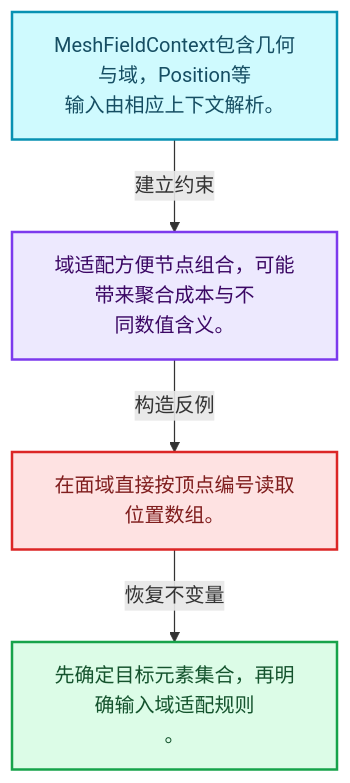
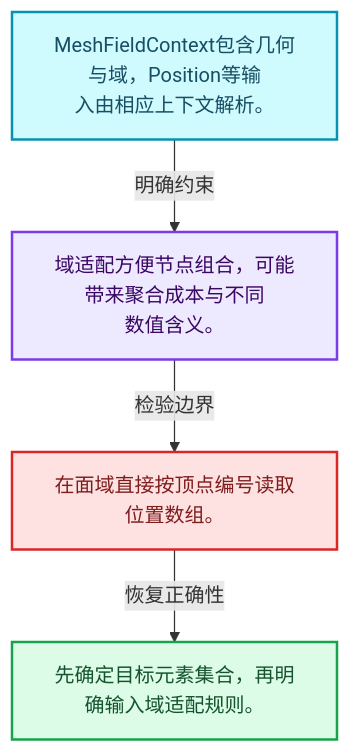
Before and after one commit to yunkezengren/blender-.vscode: the first of 4 diagrams in 杂/markdown/全面学习-codex/08-Field表达式与求值/10-几何上下文与属性域.md, drawn with Mermaid. The commit also changed other lines of this file and 1930 other files, not shown here.

````diff
--- a/杂/markdown/全面学习-codex/08-Field表达式与求值/10-几何上下文与属性域.md
+++ b/杂/markdown/全面学习-codex/08-Field表达式与求值/10-几何上下文与属性域.md
@@ -29,16 +29,16 @@
 ```mermaid
 flowchart TB
-  M["MeshFieldContext包含几何与域，Position等<br/>输入由相应上下文解析。"]:::data
-  T["域适配方便节点组合，可能带来聚合成本与不<br/>同数值含义。"]:::abstraction
-  X["在面域直接按顶点编号读取位置数组。"]:::error
-  A["先确定目标元素集合，再明确输入域适配规则<br/>。"]:::result
-  M -->|"建立约束"| T
-  T -->|"构造反例"| X
-  X -->|"恢复不变量"| A
+  M["MeshFieldContext包含几何与域，Position等输<br/>入由相应上下文解析。"]:::data
+  C["域适配方便节点组合，可能带来聚合成本与不同<br/>数值含义。"]:::abstraction
+  B["在面域直接按顶点编号读取位置数组。"]:::error
+  R["先确定目标元素集合，再明确输入域适配规则。"]:::result
+  M -->|"明确约束"| C
+  C -->|"检验边界"| B
+  B -->|"恢复正确性"| R
   classDef input fill:#DBEAFE,stroke:#2563EB,color:#172554,stroke-width:2px;
   classDef data fill:#CFFAFE,stroke:#0891B2,color:#164E63,stroke-width:2px;
   classDef abstraction fill:#EDE9FE,stroke:#7C3AED,color:#3B0764,stroke-width:2px;
   classDef compute fill:#FEF3C7,stroke:#D97706,color:#78350F,stroke-width:2px;
   classDef result fill:#DCFCE7,stroke:#16A34A,color:#14532D,stroke-width:2px;
   classDef error fill:#FEE2E2,stroke:#DC2626,color:#7F1D1D,stroke-width:2px;
 ```
````
